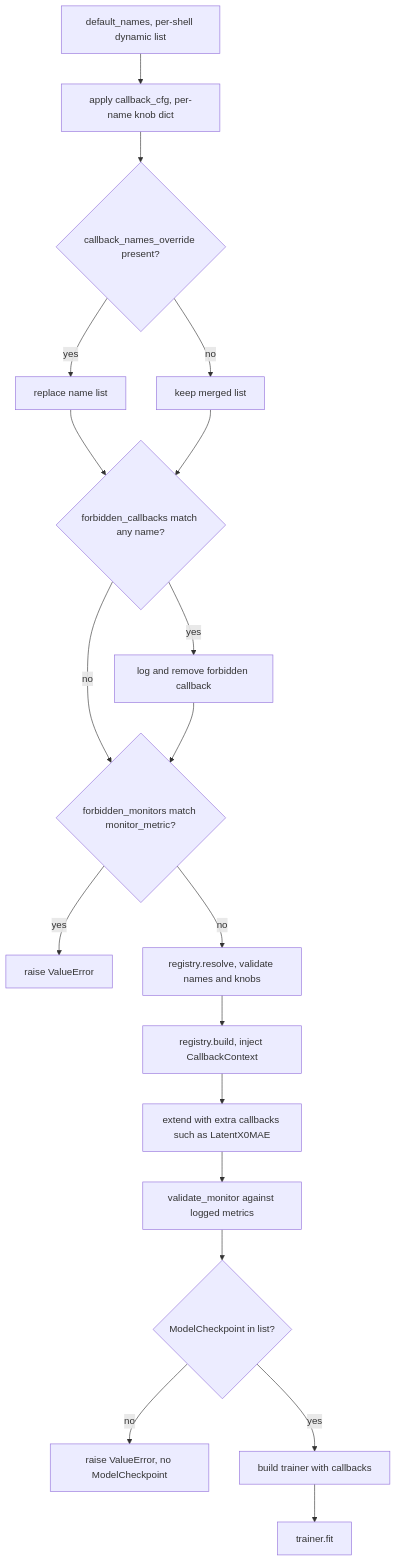
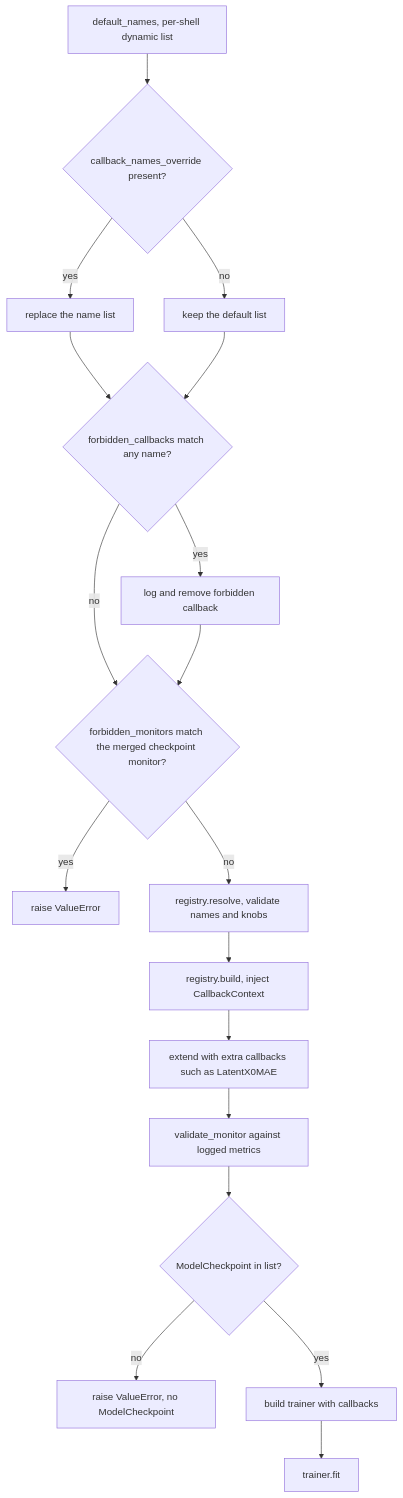
Before and after one commit to ACautomata/manifold: the diagram in openwiki/callback-registry.md, drawn with Mermaid. The commit also changed other lines of this file and 16 other files, not shown here.

````diff
--- a/openwiki/callback-registry.md
+++ b/openwiki/callback-registry.md
@@ -133,21 +261,20 @@
 ```mermaid
 flowchart TD
-    A["default_names, per-shell dynamic list"] --> B["apply callback_cfg, per-name knob dict"]
-    B --> C{"callback_names_override present?"}
-    C -- yes --> D["replace name list"]
-    C -- no --> E["keep merged list"]
-    D --> F{"forbidden_callbacks match any name?"}
-    E --> F
-    F -- yes --> G["log and remove forbidden callback"]
-    F -- no --> H{"forbidden_monitors match monitor_metric?"}
-    G --> H
-    H -- yes --> X1["raise ValueError"]
-    H -- no --> I["registry.resolve, validate names and knobs"]
-    I --> J["registry.build, inject CallbackContext"]
-    J --> K["extend with extra callbacks such as LatentX0MAE"]
-    K --> L["validate_monitor against logged metrics"]
-    L --> M{"ModelCheckpoint in list?"}
-    M -- no --> X2["raise ValueError, no ModelCheckpoint"]
-    M -- yes --> N["build trainer with callbacks"]
-    N --> O["trainer.fit"]
+    A["default_names, per-shell dynamic list"] --> B{"callback_names_override present?"}
+    B -- yes --> C["replace the name list"]
+    B -- no --> D["keep the default list"]
+    C --> E{"forbidden_callbacks match any name?"}
+    D --> E
+    E -- yes --> F["log and remove forbidden callback"]
+    E -- no --> G{"forbidden_monitors match the merged checkpoint monitor?"}
+    F --> G
+    G -- yes --> X1["raise ValueError"]
+    G -- no --> H["registry.resolve, validate names and knobs"]
+    H --> I["registry.build, inject CallbackContext"]
+    I --> J["extend with extra callbacks such as LatentX0MAE"]
+    J --> K["validate_monitor against logged metrics"]
+    K --> L{"ModelCheckpoint in list?"}
+    L -- no --> X2["raise ValueError, no ModelCheckpoint"]
+    L -- yes --> M["build trainer with callbacks"]
+    M --> N["trainer.fit"]
 ```
````
